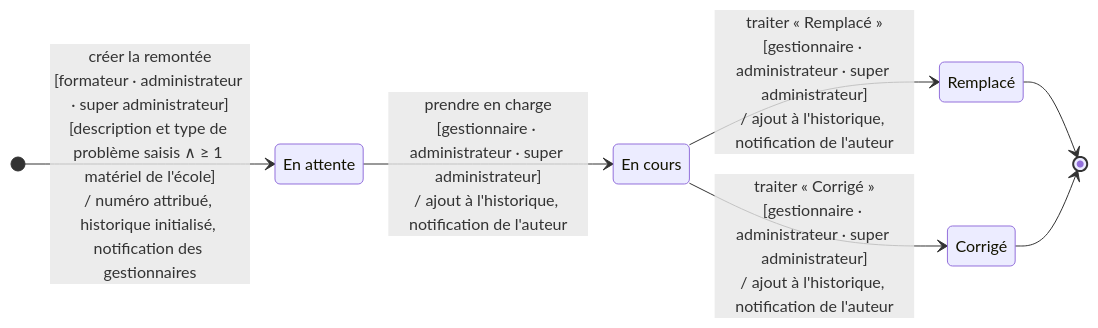
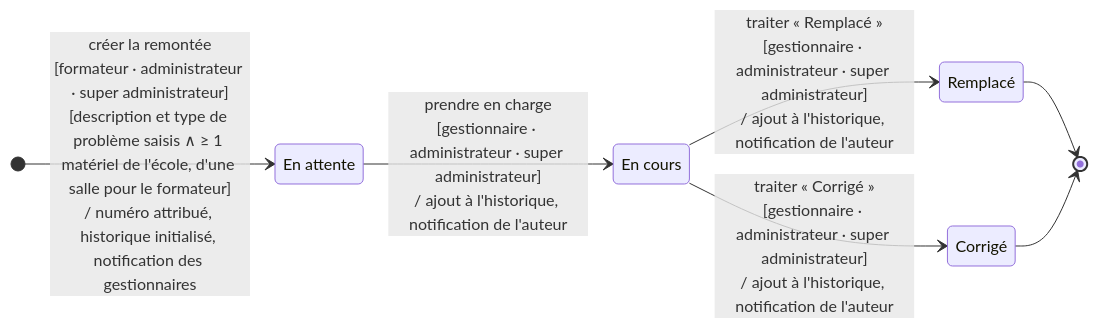
The first of 4 diagrams in docs/02-ANALYSE/03-ANALYSE/01-DIAGRAMMES-ETATS.md (bpierrelouis/aster), drawn with Mermaid before and after one commit. The commit also changed other lines of this file and 34 other files, not shown here.

First line of the commit message:
docs(diagrammes): aligner les diagrammes UML sur le code et les remettre en page

````diff
--- a/docs/02-ANALYSE/03-ANALYSE/01-DIAGRAMMES-ETATS.md
+++ b/docs/02-ANALYSE/03-ANALYSE/01-DIAGRAMMES-ETATS.md
@@ -11,15 +11,15 @@
 ```mermaid
 stateDiagram-v2
     direction LR
-    [*] --> attente : créer la remontée<br/>[formateur · administrateur · super administrateur]<br/>[description et type de problème saisis ∧ ≥ 1 matériel de l'école]<br/>/ numéro attribué, historique initialisé, notification des gestionnaires
+    [*] --> attente : créer la remontée<br/>[formateur · administrateur · super administrateur]<br/>[description et type de problème saisis ∧ ≥ 1 matériel de l'école, d'une salle pour le formateur]<br/>/ numéro attribué, historique initialisé, notification des gestionnaires
     attente --> encours : prendre en charge<br/>[gestionnaire · administrateur · super administrateur]<br/>/ ajout à l'historique, notification de l'auteur
     encours --> remplace : traiter « Remplacé »<br/>[gestionnaire · administrateur · super administrateur]<br/>/ ajout à l'historique, notification de l'auteur
     encours --> corrige : traiter « Corrigé »<br/>[gestionnaire · administrateur · super administrateur]<br/>/ ajout à l'historique, notification de l'auteur
     remplace --> [*]
     corrige --> [*]
 
     attente : En attente
     encours : En cours
     remplace : Remplacé
     corrige : Corrigé
 ```
````
